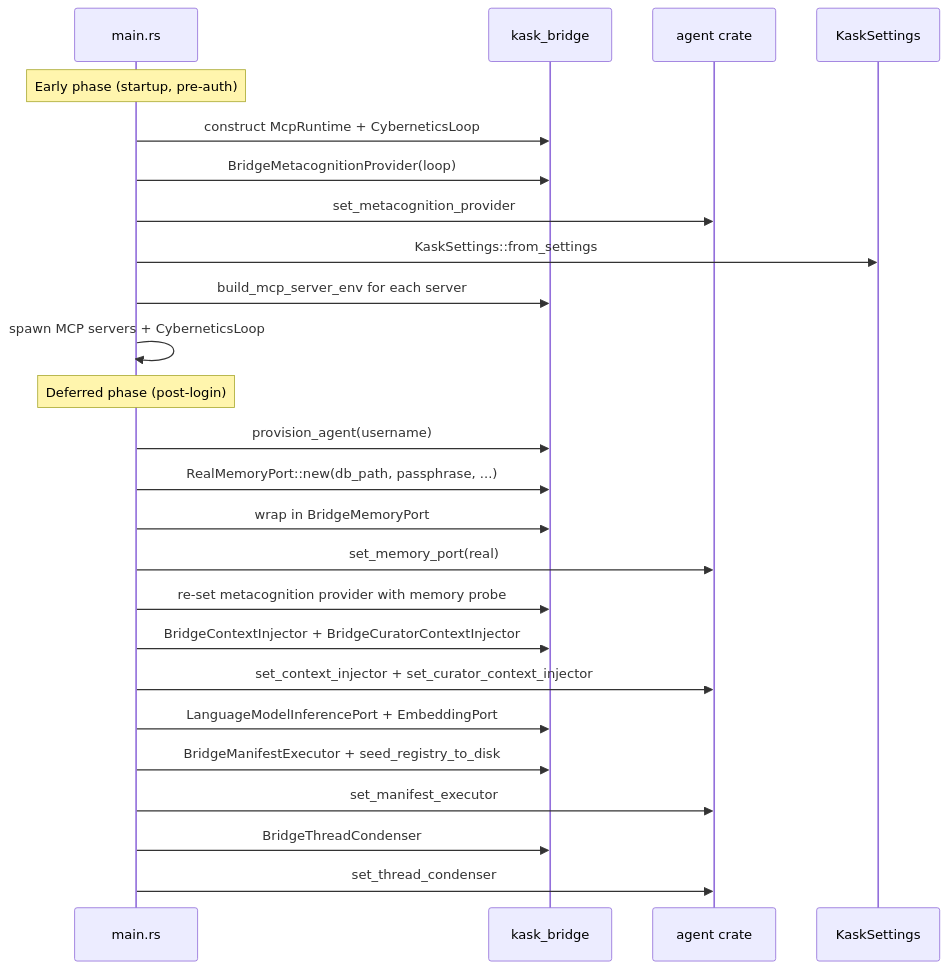
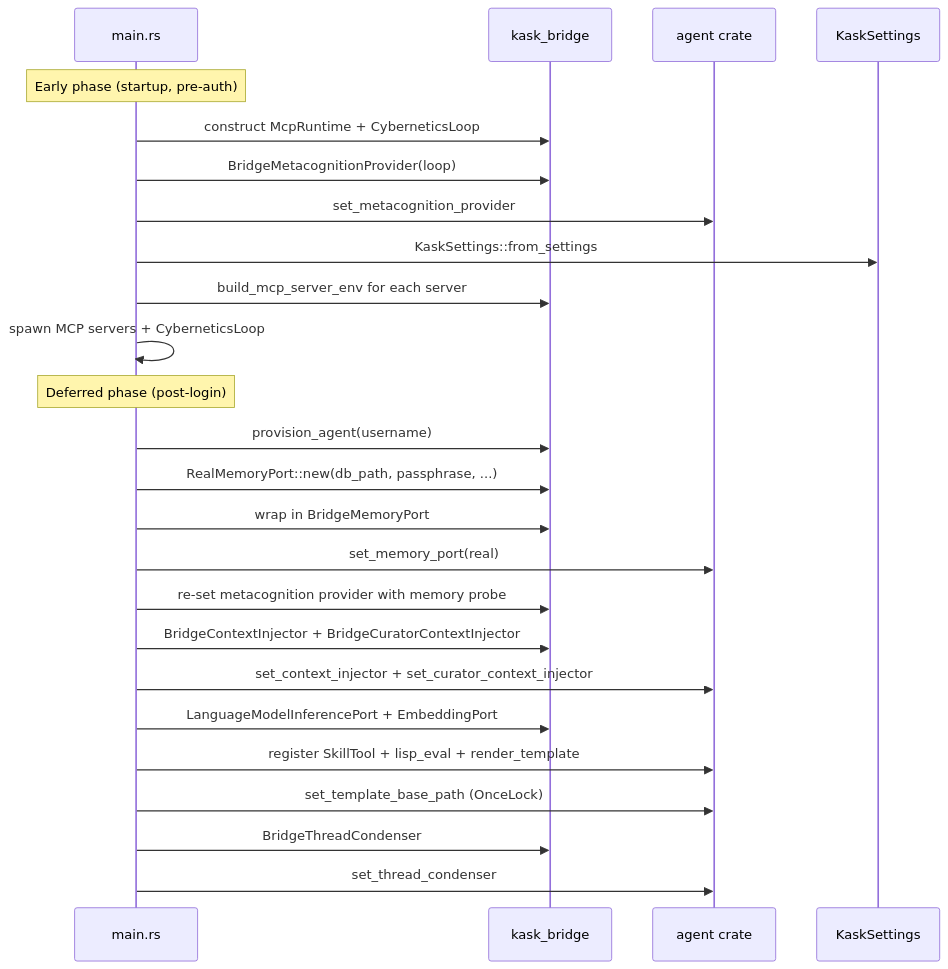
Before and after one commit to mdz-axo/zed-kask: the first of 2 diagrams in kask/docs/diataxis/kask_bridge/explanation.md, drawn with Mermaid. The commit also changed other lines of this file and 42 other files, not shown here.

````diff
--- a/kask/docs/diataxis/kask_bridge/explanation.md
+++ b/kask/docs/diataxis/kask_bridge/explanation.md
@@ -76,29 +78,29 @@
 ```mermaid
 sequenceDiagram
     participant Main as main.rs
     participant Bridge as kask_bridge
     participant Agent as agent crate
     participant Settings as KaskSettings
 
     Note over Main: Early phase (startup, pre-auth)
     Main->>Bridge: construct McpRuntime + CyberneticsLoop
     Main->>Bridge: BridgeMetacognitionProvider(loop)
     Main->>Agent: set_metacognition_provider
     Main->>Settings: KaskSettings::from_settings
     Main->>Bridge: build_mcp_server_env for each server
     Main->>Main: spawn MCP servers + CyberneticsLoop
 
     Note over Main: Deferred phase (post-login)
     Main->>Bridge: provision_agent(username)
     Main->>Bridge: RealMemoryPort::new(db_path, passphrase, ...)
     Main->>Bridge: wrap in BridgeMemoryPort
     Main->>Agent: set_memory_port(real)
     Main->>Bridge: re-set metacognition provider with memory probe
     Main->>Bridge: BridgeContextInjector + BridgeCuratorContextInjector
     Main->>Agent: set_context_injector + set_curator_context_injector
     Main->>Bridge: LanguageModelInferencePort + EmbeddingPort
-    Main->>Bridge: BridgeManifestExecutor + seed_registry_to_disk
-    Main->>Agent: set_manifest_executor
+    Main->>Agent: register SkillTool + lisp_eval + render_template
+    Main->>Agent: set_template_base_path (OnceLock)
     Main->>Bridge: BridgeThreadCondenser
     Main->>Agent: set_thread_condenser
 ```
````
